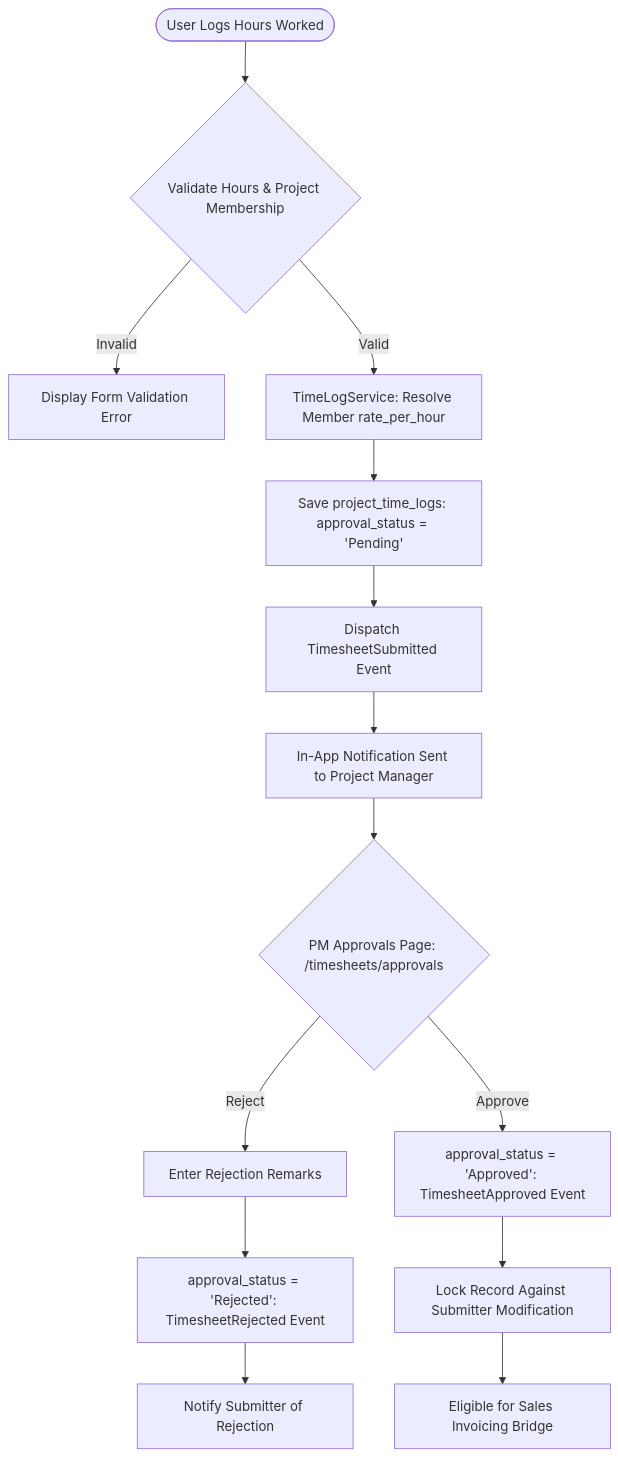
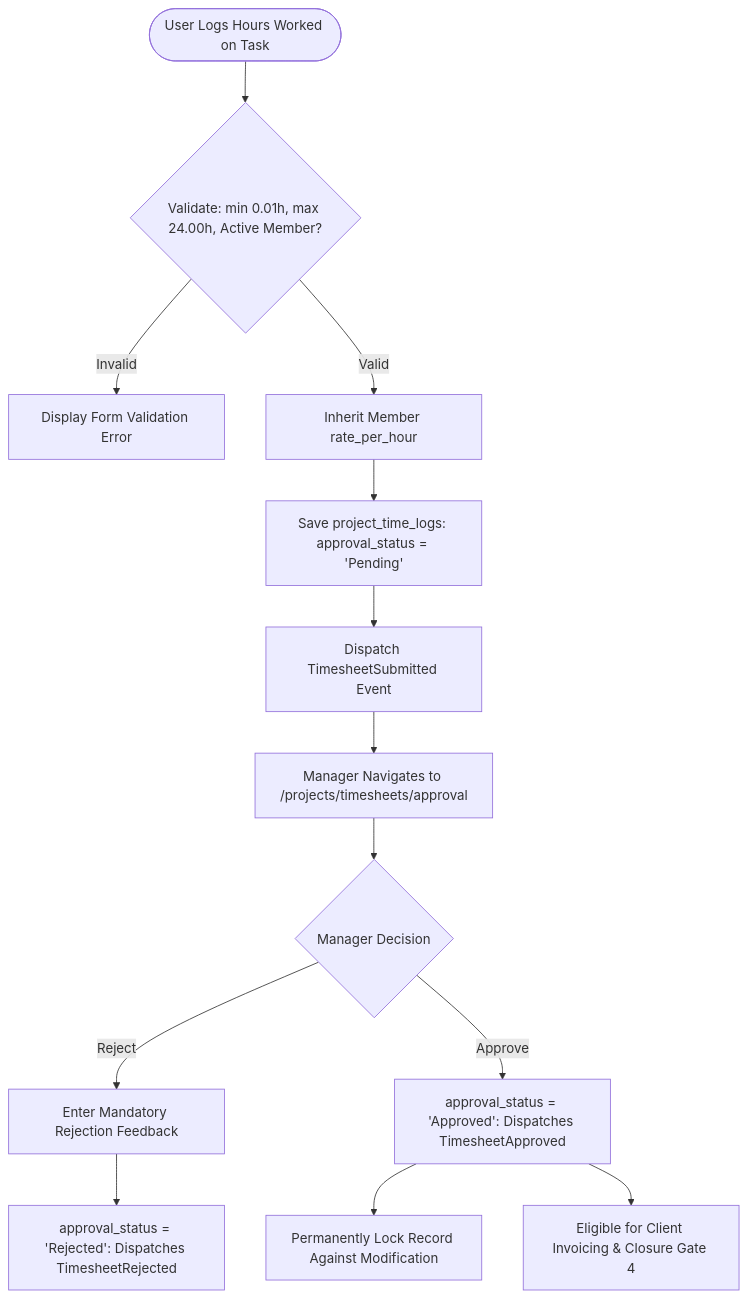
The sixth of 8 diagrams in docs/user-manuals/project-management/WORKFLOWS.md (Warrgyizmorsch/wm-product-saas), drawn with Mermaid before and after one commit. The commit also changed other lines of this file and 23 other files, not shown here.

````diff
--- a/docs/user-manuals/project-management/WORKFLOWS.md
+++ b/docs/user-manuals/project-management/WORKFLOWS.md
@@ -79,18 +201,18 @@
 ```mermaid
 flowchart TD
-    LogStart([User Logs Hours Worked]) --> ValTime{Validate Hours & Project Membership}
+    LogStart([User Logs Hours Worked on Task]) --> ValTime{Validate: min 0.01h, max 24.00h, Active Member?}
     ValTime -- Invalid --> ShowErr[Display Form Validation Error]
-    ValTime -- Valid --> LookRate[TimeLogService: Resolve Member rate_per_hour]
+    ValTime -- Valid --> LookRate[Inherit Member rate_per_hour]
     LookRate --> SavePending[Save project_time_logs: approval_status = 'Pending']
     SavePending --> EmitEvt[Dispatch TimesheetSubmitted Event]
-    EmitEvt --> NotifPM[In-App Notification Sent to Project Manager]
-    
-    NotifPM --> PMApprove{PM Approvals Page: /timesheets/approvals}
-    PMApprove -- Reject --> ReasonReq[Enter Rejection Remarks]
-    ReasonReq --> SetRej[approval_status = 'Rejected': TimesheetRejected Event]
-    SetRej --> NotifUserRej[Notify Submitter of Rejection]
-    
-    PMApprove -- Approve --> SetAppr[approval_status = 'Approved': TimesheetApproved Event]
-    SetAppr --> LockLog[Lock Record Against Submitter Modification]
-    LockLog --> BillEligible[Eligible for Sales Invoicing Bridge]
+
+    EmitEvt --> PMQueue[Manager Navigates to /projects/timesheets/approval]
+    PMQueue --> PMDecision{Manager Decision}
+
+    PMDecision -- Reject --> EnterNotes[Enter Mandatory Rejection Feedback]
+    EnterNotes --> MarkRej[approval_status = 'Rejected': Dispatches TimesheetRejected]
+
+    PMDecision -- Approve --> MarkAppr[approval_status = 'Approved': Dispatches TimesheetApproved]
+    MarkAppr --> LockLog[Permanently Lock Record Against Modification]
+    MarkAppr --> ReadyBill[Eligible for Client Invoicing & Closure Gate 4]
 ```
````
